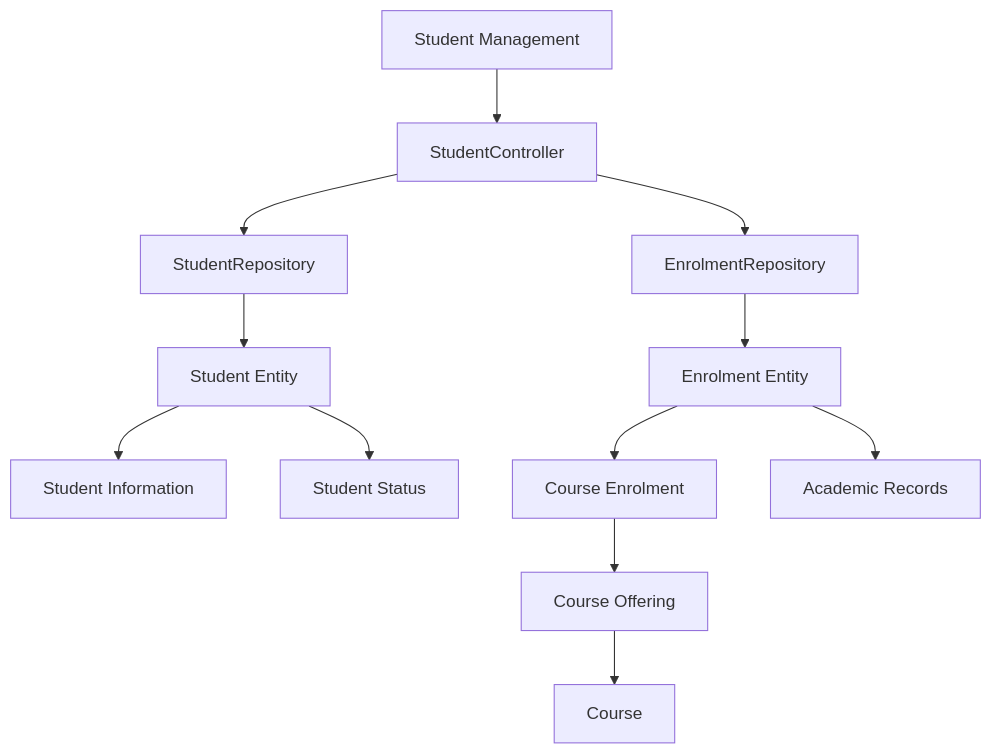
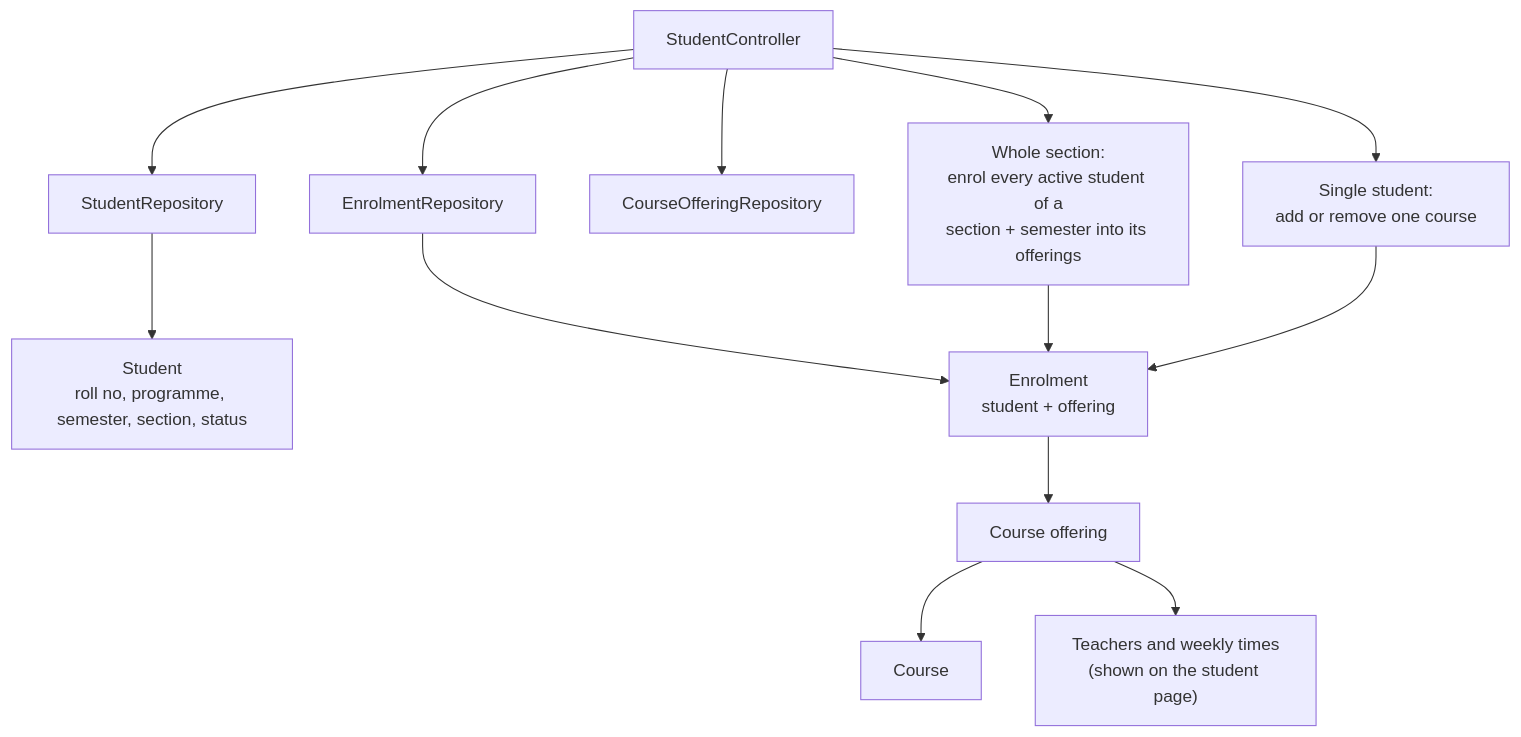
The ninth of 19 diagrams in README.md (Git-punit/campus-erp), drawn with Mermaid before and after one commit. The commit also changed other lines of this file, not shown here.

````diff
--- a/README.md
+++ b/README.md
@@ -574,19 +654,20 @@
 ```mermaid
 flowchart TD
-    A["Student Management"]
+    A["StudentController"]
 
-    A --> B["StudentController"]
-    B --> C["StudentRepository"]
-    B --> D["EnrolmentRepository"]
+    A --> B["StudentRepository"]
+    A --> C["EnrolmentRepository"]
+    A --> D["CourseOfferingRepository"]
 
-    C --> E["Student Entity"]
-    D --> F["Enrolment Entity"]
+    B --> E["Student<br/>roll no, programme, semester, section, status"]
+    C --> F["Enrolment<br/>student + offering"]
 
-    E --> G["Student Information"]
-    E --> H["Student Status"]
-    F --> I["Course Enrolment"]
-    F --> J["Academic Records"]
+    A --> G["Whole section:<br/>enrol every active student of a<br/>section + semester into its offerings"]
+    A --> H["Single student:<br/>add or remove one course"]
+    G --> F
+    H --> F
 
-    I --> K["Course Offering"]
+    F --> K["Course offering"]
     K --> L["Course"]
+    K --> M["Teachers and weekly times<br/>(shown on the student page)"]
 ```
````
